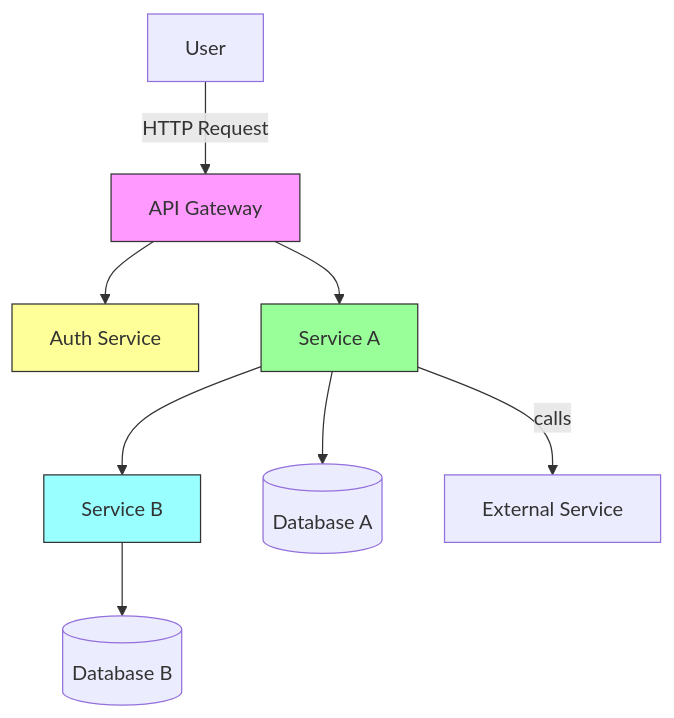
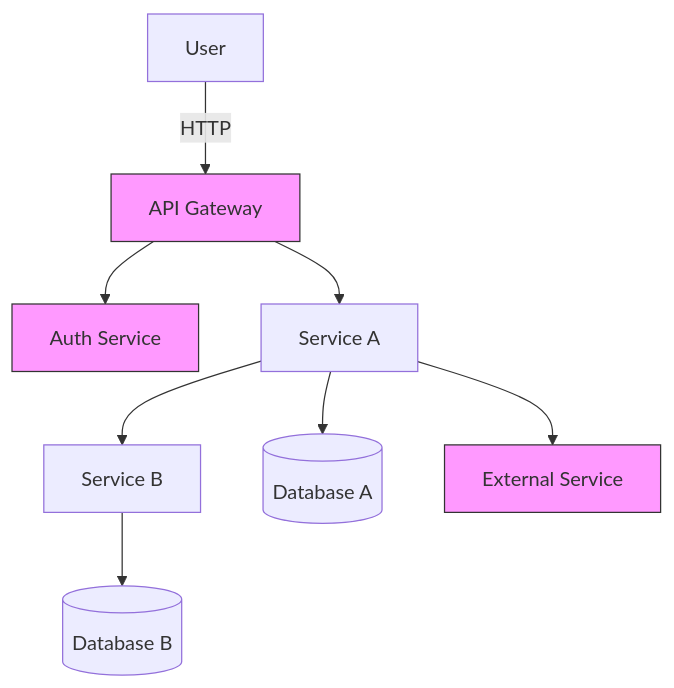
The diagram in README.md (Rohit1724/RestMicroServicesAPITestingProject), drawn with Mermaid before and after one commit. The commit also changed other lines of this file, not shown here.

Commit message:
Improve README for freshers: getting started, structure, testing and QA checklist, tips

````diff
--- a/README.md
+++ b/README.md
@@ -186,18 +166,12 @@
 ```mermaid
 flowchart TD
-  User[User] -->|HTTP Request| API_GW[API Gateway]
+  User[User] -->|HTTP| API_GW[API Gateway]
   API_GW --> Auth[Auth Service]
   API_GW --> ServiceA[Service A]
   ServiceA --> ServiceB[Service B]
-  ServiceA --> DB[(Database A)]
-  ServiceB --> DB2[(Database B)]
-  ServiceA -->|calls| External[External Service]
-  style API_GW fill:#f9f,stroke:#333,stroke-width:1px
-  style Auth fill:#ff9,stroke:#333,stroke-width:1px
-  style ServiceA fill:#9f9,stroke:#333,stroke-width:1px
-  style ServiceB fill:#9ff,stroke:#333,stroke-width:1px
-
-  %% Testing overlay
-  click ServiceA "#" "Service A tests: unit, MockMvc, integration"
-  click ServiceB "#" "Service B tests: unit, MockMvc, integration"
+  ServiceA --> DBA[(Database A)]
+  ServiceB --> DBB[(Database B)]
+  ServiceA --> External[External Service]
+  classDef infra fill:#f9f,stroke:#333
+  class API_GW,Auth,External infra
 ```
````
